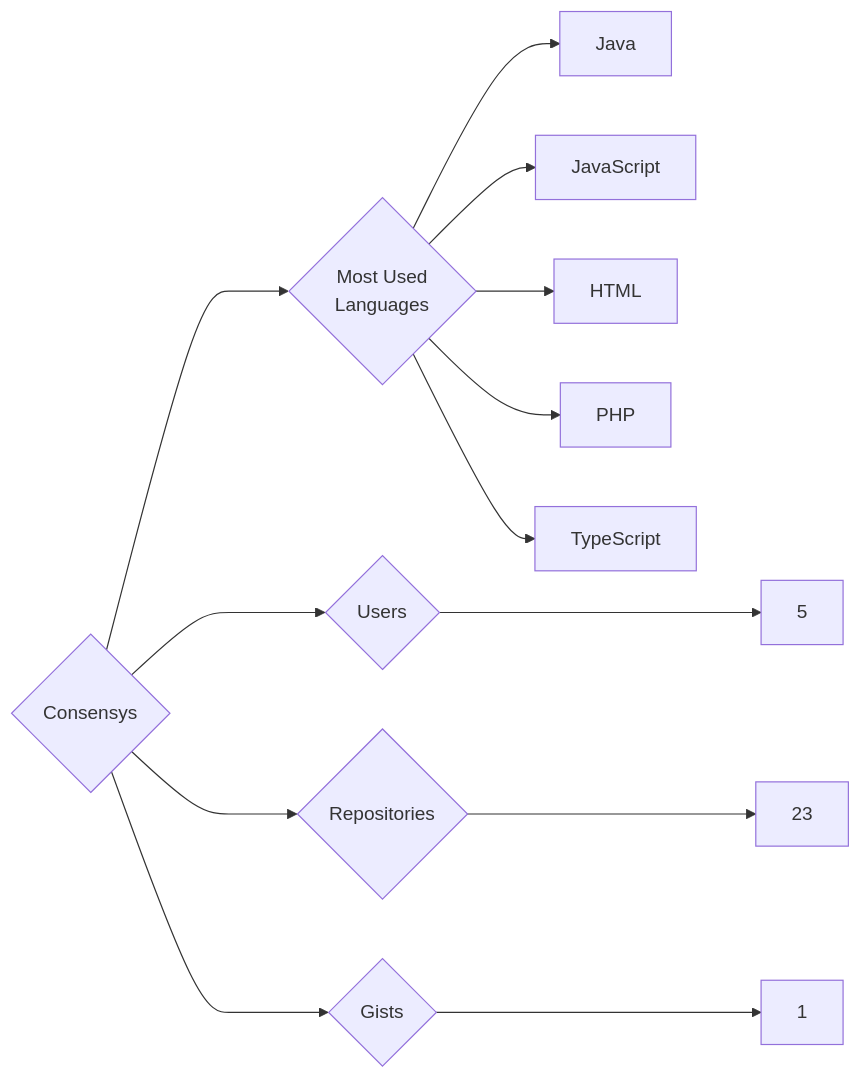
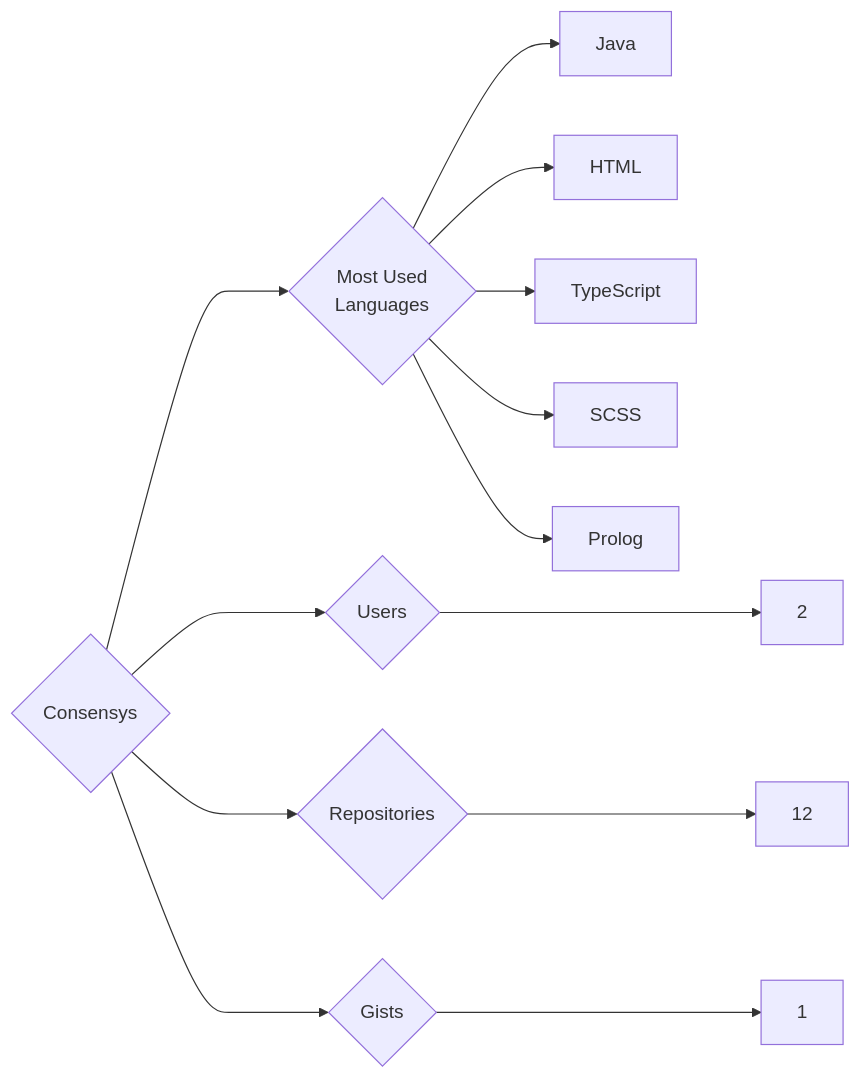
The diagram in targets/Consensys/README.md (trickest/insiders), drawn with Mermaid before and after one commit. The commit also changed 776 other files, not shown here.

````diff
--- a/targets/Consensys/README.md
+++ b/targets/Consensys/README.md
@@ -3,13 +3,13 @@
 ```mermaid
 graph LR
 COMPANY_NAME{Consensys}
-COMPANY_NAME ---> U{Users} ---> UN[5]
-COMPANY_NAME ---> R{Repositories} ---> RN[23]
+COMPANY_NAME ---> U{Users} ---> UN[2]
+COMPANY_NAME ---> R{Repositories} ---> RN[12]
 COMPANY_NAME ---> G{Gists} ---> GN[1]
 COMPANY_NAME ---> ML{Most Used<br>Languages}
 ML --> Java[Java]
-ML --> JavaScript[JavaScript]
 ML --> HTML[HTML]
-ML --> PHP[PHP]
 ML --> TypeScript[TypeScript]
+ML --> SCSS[SCSS]
+ML --> Prolog[Prolog]
 ```
````
